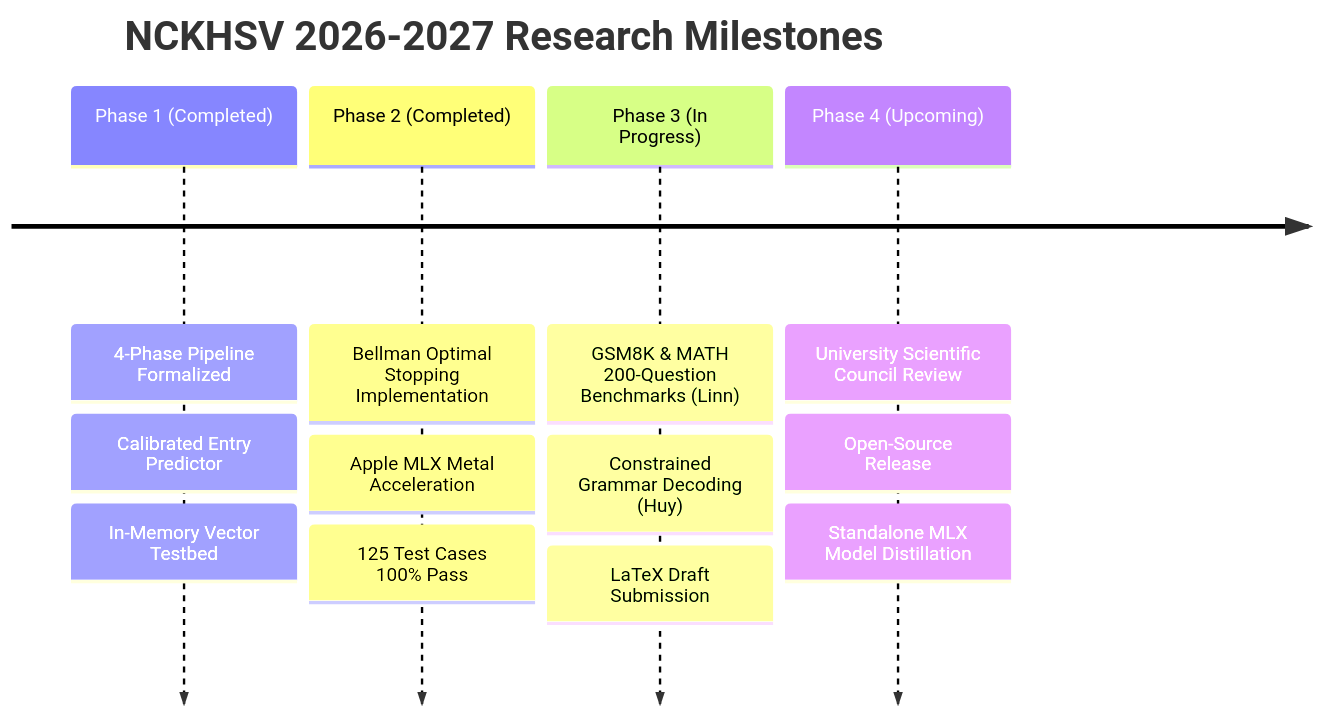
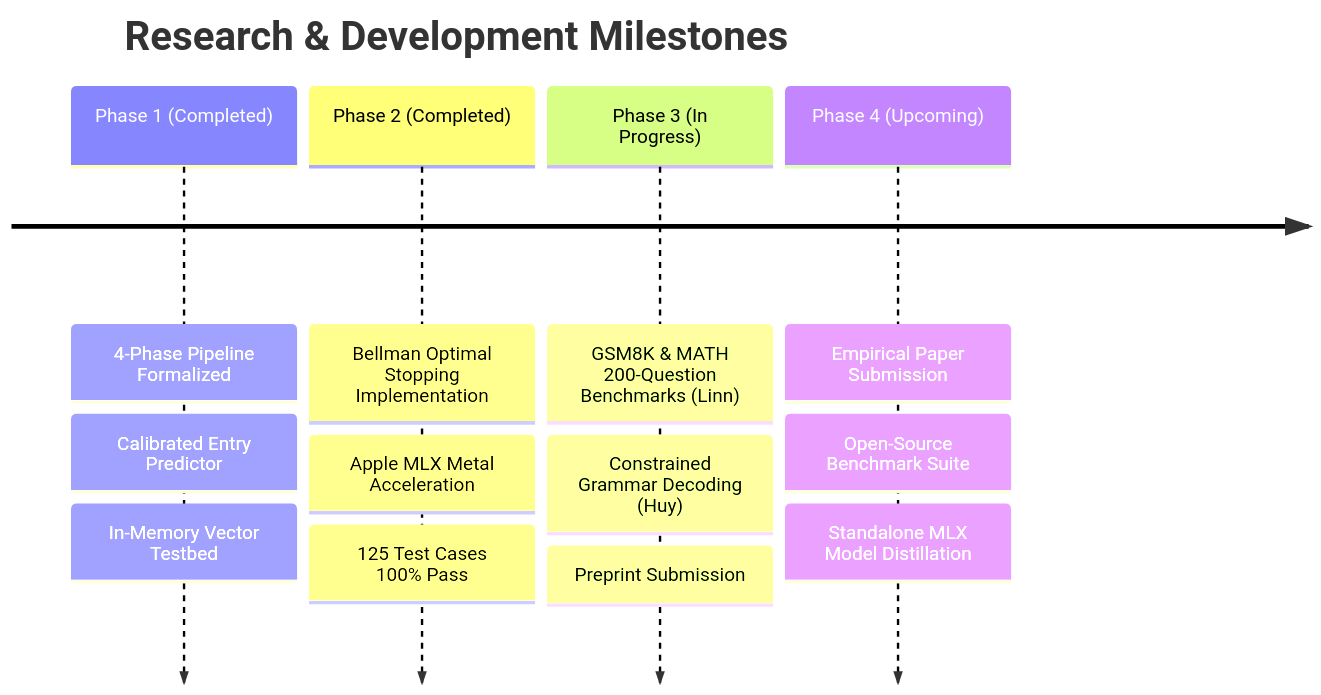
The second of 2 diagrams in README.md (Thundercok/structured-multi-step-reasoning), drawn with Mermaid before and after one commit. The commit also changed other lines of this file and 1 other file, not shown here.

````diff
--- a/README.md
+++ b/README.md
@@ -350,8 +348,8 @@
 ```mermaid
 timeline
-    title NCKHSV 2026-2027 Research Milestones
+    title Research & Development Milestones
     Phase 1 (Completed) : 4-Phase Pipeline Formalized : Calibrated Entry Predictor : In-Memory Vector Testbed
     Phase 2 (Completed) : Bellman Optimal Stopping Implementation : Apple MLX Metal Acceleration : 125 Test Cases 100% Pass
-    Phase 3 (In Progress) : GSM8K & MATH 200-Question Benchmarks (Linn) : Constrained Grammar Decoding (Huy) : LaTeX Draft Submission
-    Phase 4 (Upcoming) : University Scientific Council Review : Open-Source Release : Standalone MLX Model Distillation
+    Phase 3 (In Progress) : GSM8K & MATH 200-Question Benchmarks (Linn) : Constrained Grammar Decoding (Huy) : Preprint Submission
+    Phase 4 (Upcoming) : Empirical Paper Submission : Open-Source Benchmark Suite : Standalone MLX Model Distillation
 ```
````
